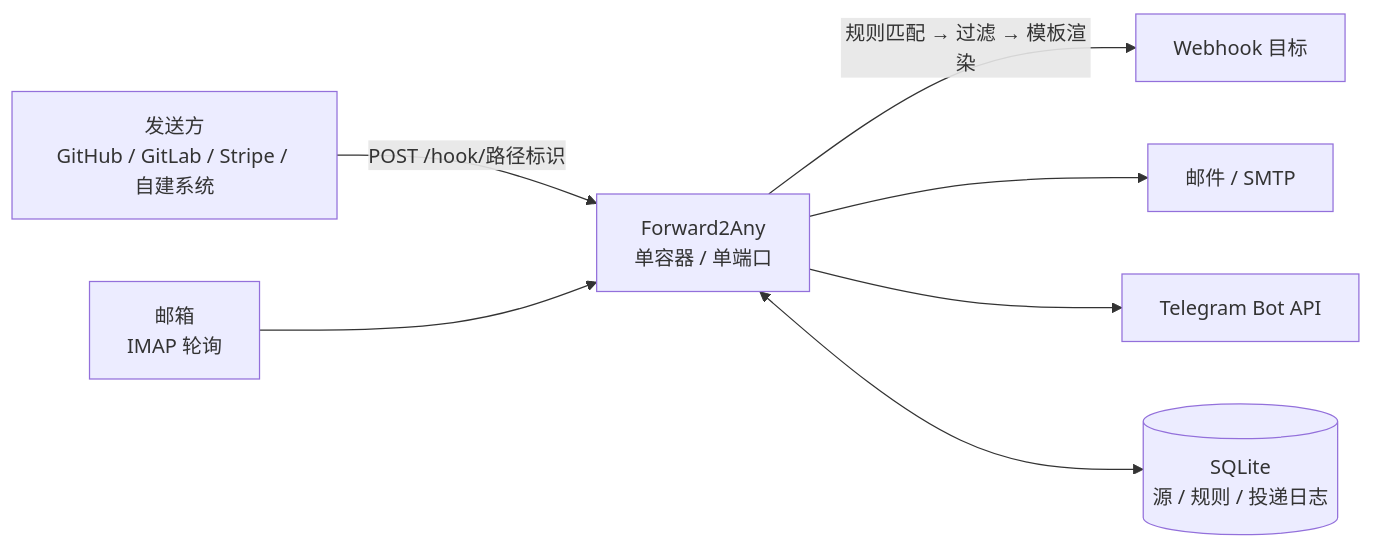
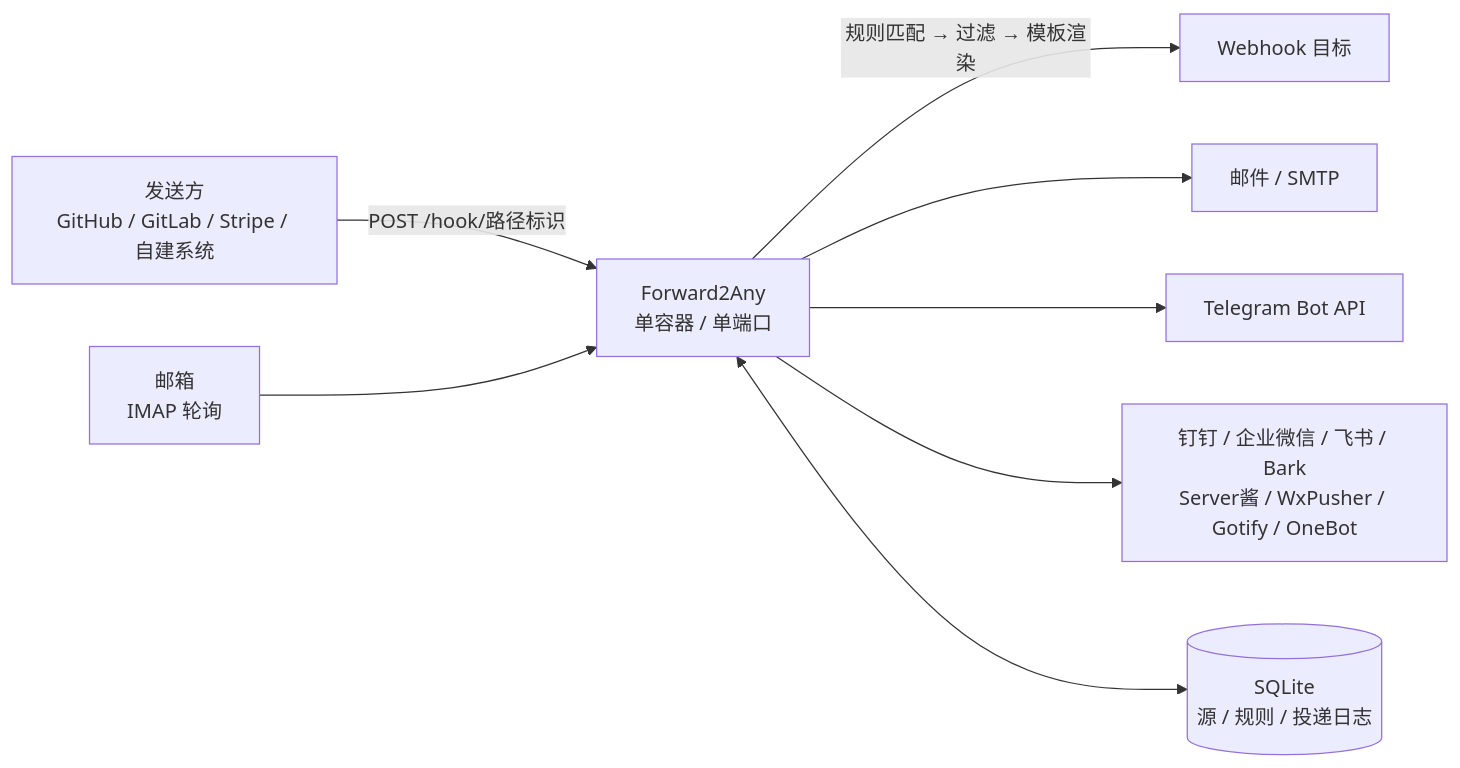
Before and after one commit to loarland/Forward2Any: the diagram in README.md, drawn with Mermaid. The commit also changed other lines of this file and 12 other files, not shown here.

First line of the commit message:
内置渠道发送源：钉钉 / 企业微信 / 飞书 / Bark / Server酱 / WxPusher / Gotify / OneBot

````diff
--- a/README.md
+++ b/README.md
@@ -74,9 +74,10 @@
 ```mermaid
 flowchart LR
   Sender["发送方<br/>GitHub / GitLab / Stripe / 自建系统"] -->|"POST /hook/路径标识"| F2A
   Mail["邮箱<br/>IMAP 轮询"] --> F2A
   F2A["Forward2Any<br/>单容器 / 单端口"] -->|"规则匹配 → 过滤 → 模板渲染"| Hook["Webhook 目标"]
   F2A --> SMTP["邮件 / SMTP"]
   F2A --> TG["Telegram Bot API"]
+  F2A --> CH["钉钉 / 企业微信 / 飞书 / Bark<br/>Server酱 / WxPusher / Gotify / OneBot"]
   F2A <--> DB[("SQLite<br/>源 / 规则 / 投递日志")]
 ```
````
